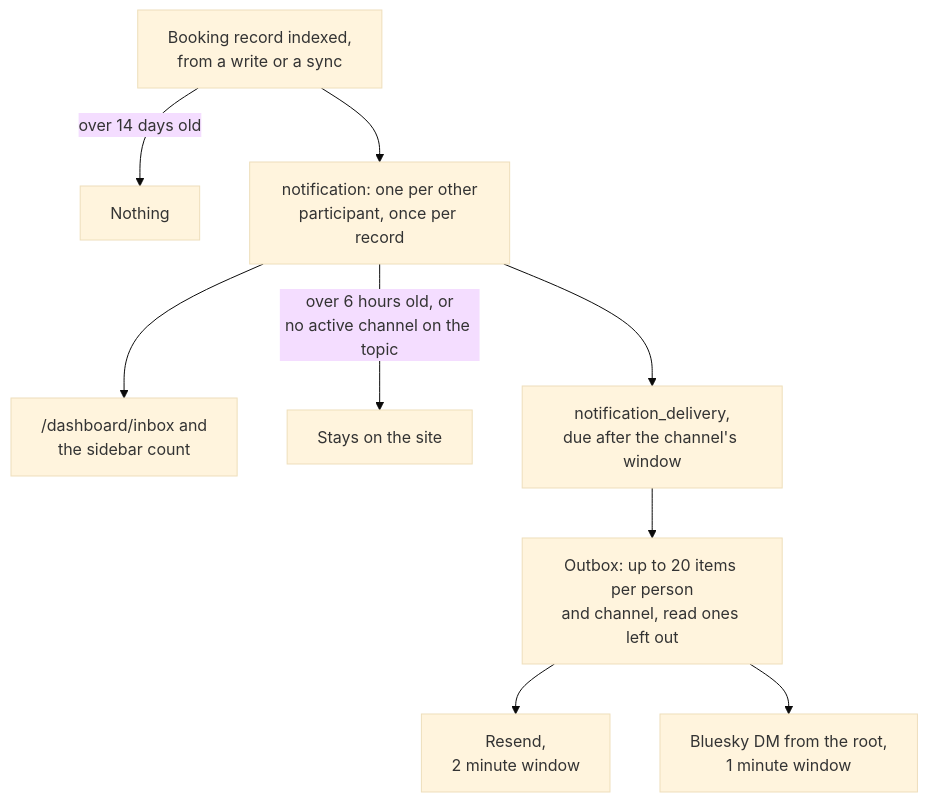
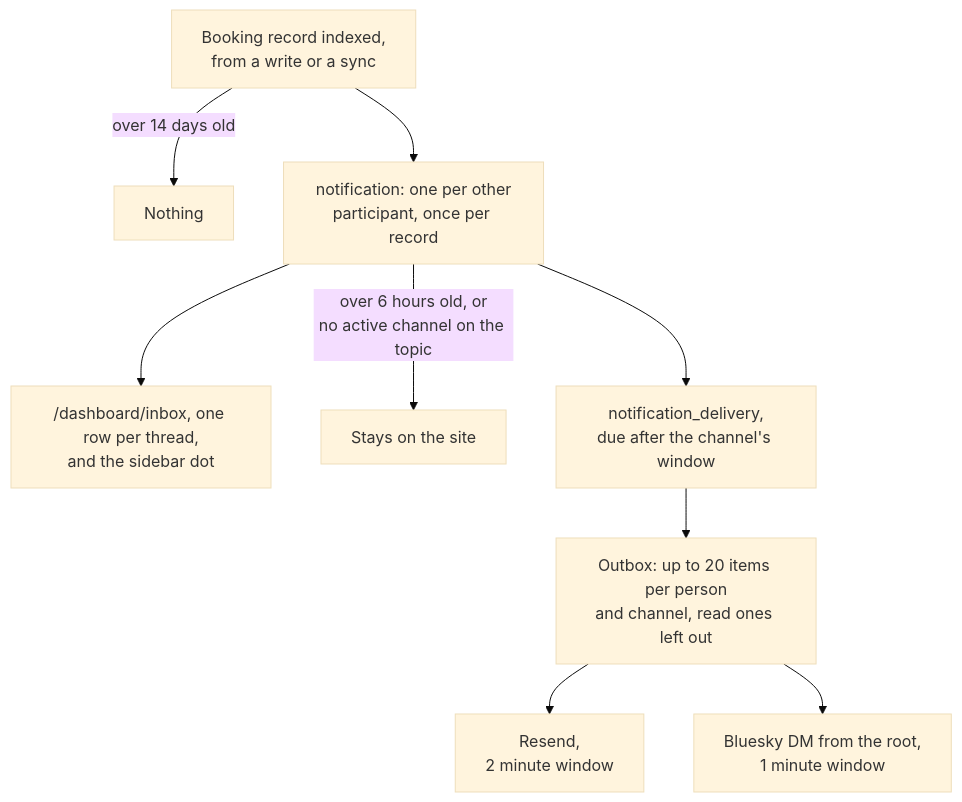
One commit to cutenode/localnetwork changed the third of 6 diagrams in apps/web/docs/diagrams/shows-and-inbox.md. Above: the diagram before and after it, drawn with Mermaid (base theme). The commit also changed 30 other files, not shown here.

First line of the commit message:
feat(web): show one inbox row per booking thread

````diff
--- a/apps/web/docs/diagrams/shows-and-inbox.md
+++ b/apps/web/docs/diagrams/shows-and-inbox.md
@@ -64,12 +64,12 @@
 ```mermaid
 flowchart TD
   Event["Booking record indexed,<br/>from a write or a sync"]
   Event -- "over 14 days old" --> Skip["Nothing"]
   Event --> Item["notification: one per other<br/>participant, once per record"]
-  Item --> Site["/dashboard/inbox and<br/>the sidebar count"]
+  Item --> Site["/dashboard/inbox, one row per thread,<br/>and the sidebar dot"]
   Item -- "over 6 hours old, or<br/>no active channel on the topic" --> Stays["Stays on the site"]
   Item --> Delivery["notification_delivery,<br/>due after the channel's window"]
   Delivery --> Batch["Outbox: up to 20 items per person<br/>and channel, read ones left out"]
   Batch --> Email["Resend,<br/>2 minute window"]
   Batch --> Dm["Bluesky DM from the root,<br/>1 minute window"]
 ```
````
